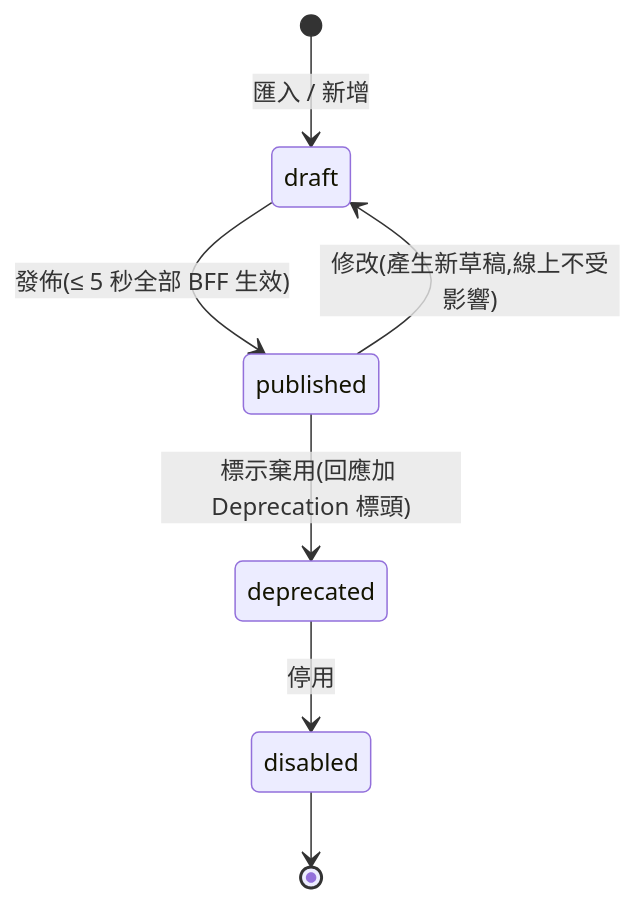
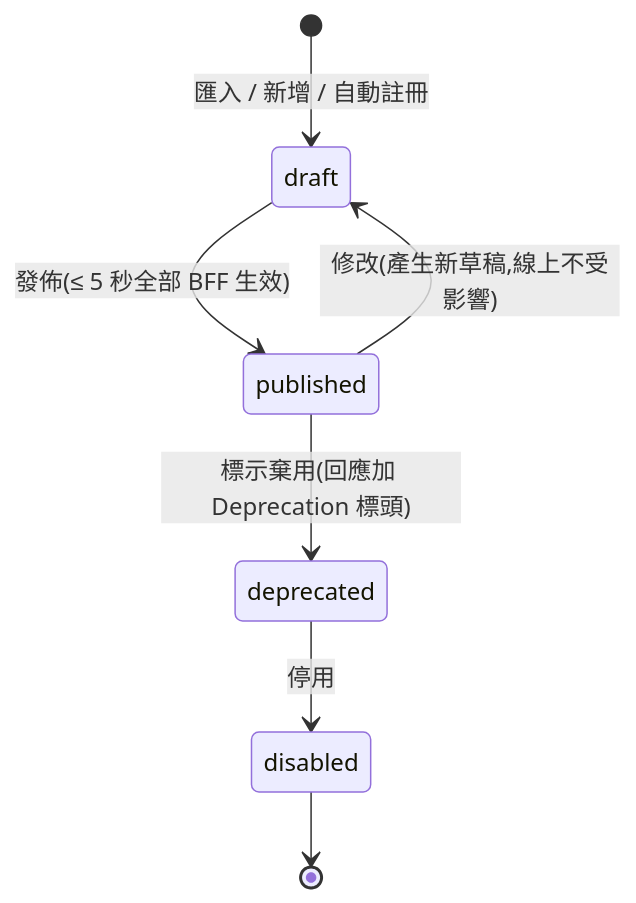
The second of 3 diagrams in docs/BACKEND-GUIDE.md (WeiWeicode/giga-api-gateway-bff), drawn with Mermaid before and after one commit. The commit also changed other lines of this file and 55 other files, not shown here.

````diff
--- a/docs/BACKEND-GUIDE.md
+++ b/docs/BACKEND-GUIDE.md
@@ -305,9 +316,9 @@
 ```mermaid
 stateDiagram-v2
-    [*] --> draft: 匯入 / 新增
+    [*] --> draft: 匯入 / 新增 / 自動註冊
     draft --> published: 發佈(≤ 5 秒全部 BFF 生效)
     published --> draft: 修改(產生新草稿,線上不受影響)
     published --> deprecated: 標示棄用(回應加 Deprecation 標頭)
     deprecated --> disabled: 停用
     disabled --> [*]
 ```
````
